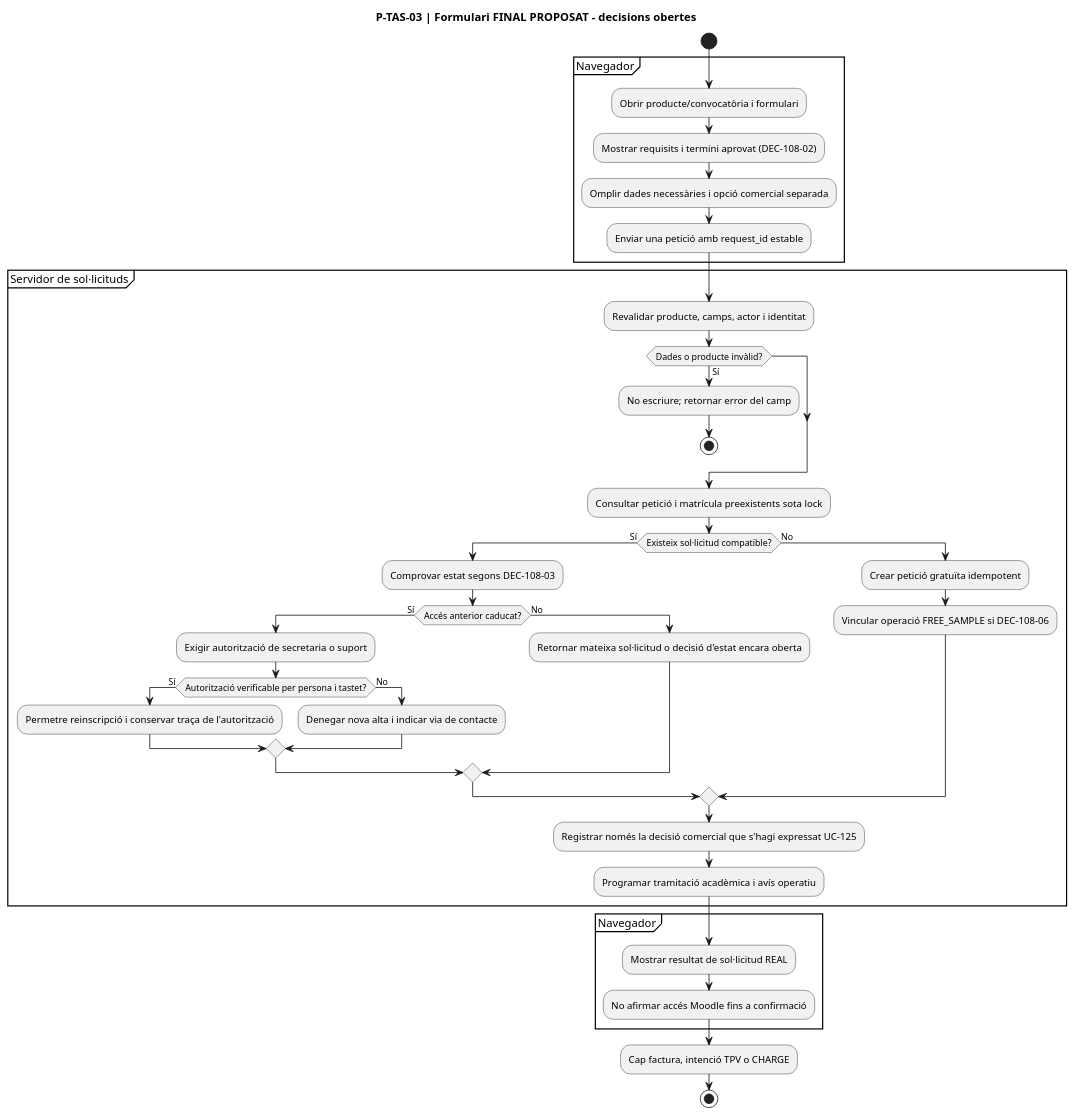
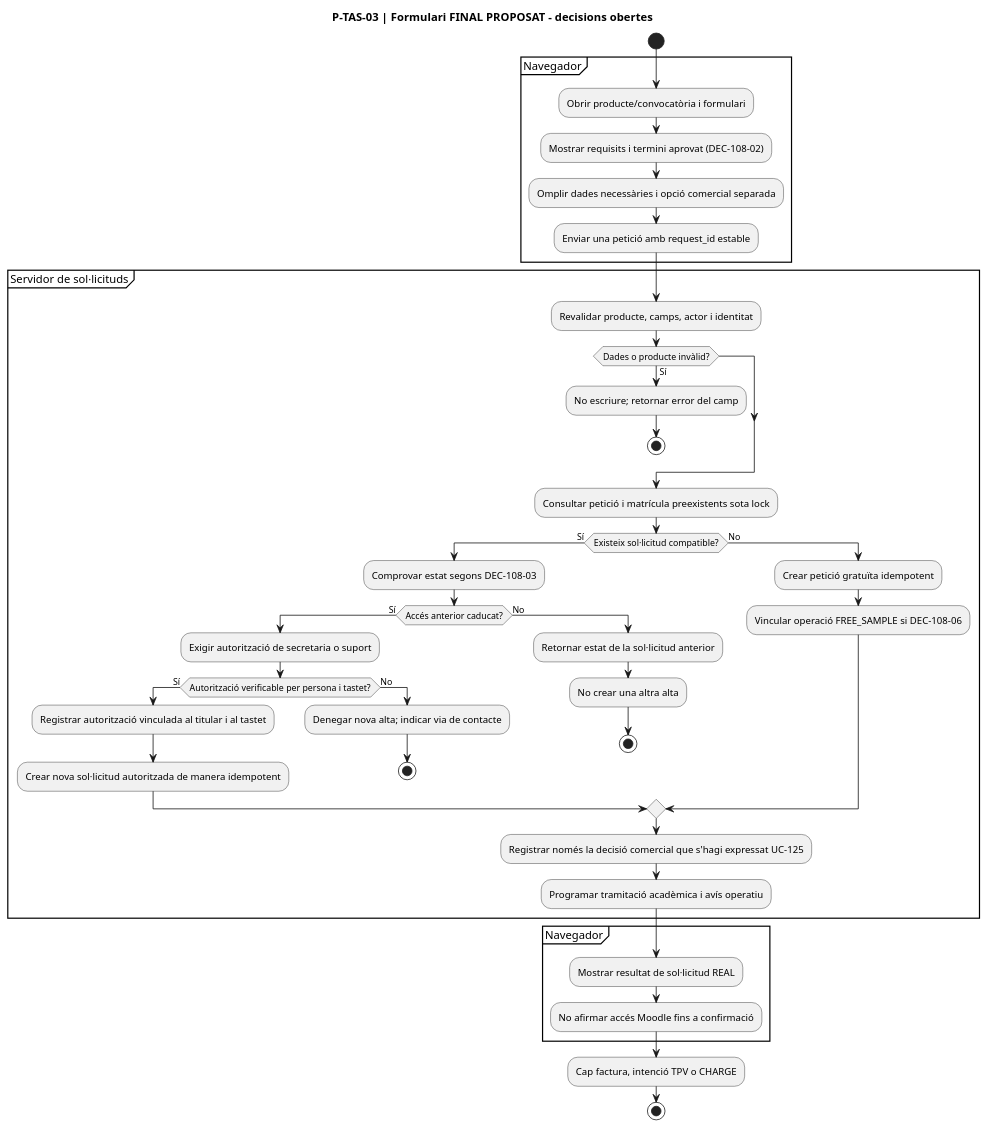
One commit to orgmeriemprismacat-del/verifactu changed diagram 16 of 32 in documentacio/07-uml-integrat/uc-108-activitats-pagines-tastets-actual-final.md. Above: the diagram before and after it, drawn with PlantUML.

Commit message:
docs: prevent unauthorized or non-expired paths from continuing to UC-108 reenrollment

````diff
--- a/documentacio/07-uml-integrat/uc-108-activitats-pagines-tastets-actual-final.md
+++ b/documentacio/07-uml-integrat/uc-108-activitats-pagines-tastets-actual-final.md
@@ -367,44 +367,48 @@
 ```plantuml
 @startuml
 title P-TAS-03 | Formulari FINAL PROPOSAT - decisions obertes
 start
 partition "Navegador" {
   :Obrir producte/convocatòria i formulari;
   :Mostrar requisits i termini aprovat (DEC-108-02);
   :Omplir dades necessàries i opció comercial separada;
   :Enviar una petició amb request_id estable;
 }
 partition "Servidor de sol·licituds" {
   :Revalidar producte, camps, actor i identitat;
   if (Dades o producte invàlid?) then (Sí)
     :No escriure; retornar error del camp;
     stop
   endif
   :Consultar petició i matrícula preexistents sota lock;
   if (Existeix sol·licitud compatible?) then (Sí)
     :Comprovar estat segons DEC-108-03;
     if (Accés anterior caducat?) then (Sí)
       :Exigir autorització de secretaria o suport;
       if (Autorització verificable per persona i tastet?) then (Sí)
-        :Permetre reinscripció i conservar traça de l'autorització;
+        :Registrar autorització vinculada al titular i al tastet;
+        :Crear nova sol·licitud autoritzada de manera idempotent;
       else (No)
-        :Denegar nova alta i indicar via de contacte;
+        :Denegar nova alta; indicar via de contacte;
+        stop
       endif
     else (No)
-      :Retornar mateixa sol·licitud o decisió d'estat encara oberta;
+      :Retornar estat de la sol·licitud anterior;
+      :No crear una altra alta;
+      stop
     endif
   else (No)
     :Crear petició gratuïta idempotent;
     :Vincular operació FREE_SAMPLE si DEC-108-06;
   endif
   :Registrar només la decisió comercial que s'hagi expressat UC-125;
   :Programar tramitació acadèmica i avís operatiu;
 }
 partition "Navegador" {
   :Mostrar resultat de sol·licitud REAL;
   :No afirmar accés Moodle fins a confirmació;
 }
 :Cap factura, intenció TPV o CHARGE;
 stop
 @enduml
 ```
````
